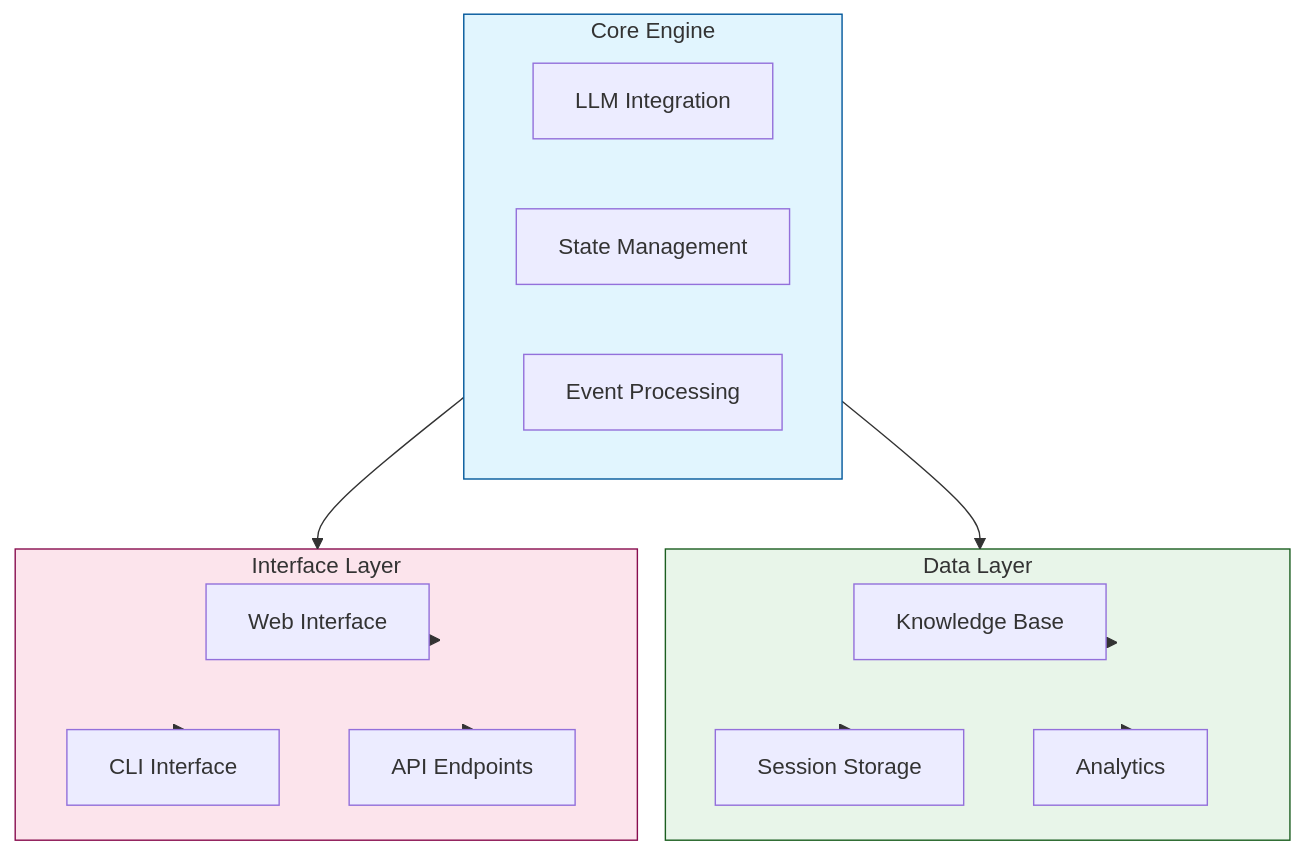
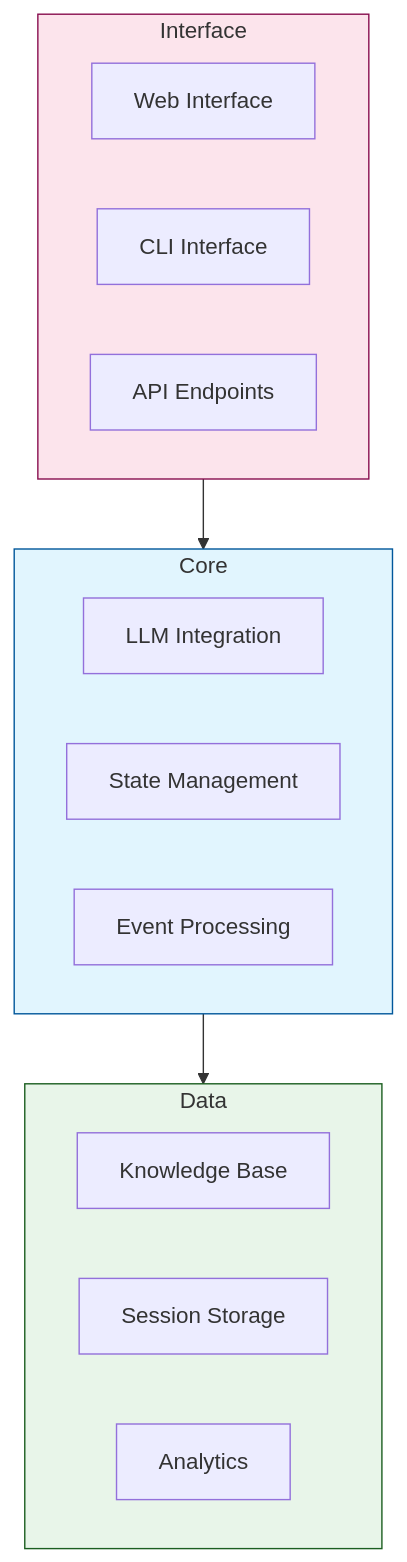
The first of 7 diagrams in UTTA.wiki/Architecture-Guide.md (UVU-AI-Innovate/UTTA), drawn with Mermaid before and after one commit. The commit also changed other lines of this file, not shown here.

First line of the commit message:
Refactor Architecture Guide diagrams for improved readability

````diff
--- a/UTTA.wiki/Architecture-Guide.md
+++ b/UTTA.wiki/Architecture-Guide.md
@@ -9,33 +9,27 @@
 ```mermaid
-graph TD
-    subgraph Core[Core Engine]
+graph TB
+    Interface[Interface Layer] --> Core[Core Engine]
+    Core --> Data[Data Layer]
+    
+    subgraph Core
         LLM[LLM Integration]
         State[State Management]
         Event[Event Processing]
     end
 
-    subgraph Data[Data Layer]
+    subgraph Data
         KB[Knowledge Base]
         SS[Session Storage]
         AN[Analytics]
     end
 
-    subgraph Interface[Interface Layer]
+    subgraph Interface
         Web[Web Interface]
         CLI[CLI Interface]
         API[API Endpoints]
     end
 
-    Core --> Data
-    Core --> Interface
-    Data --> KB
-    Data --> SS
-    Data --> AN
-    Interface --> Web
-    Interface --> CLI
-    Interface --> API
-
     style Core fill:#e1f5fe,stroke:#01579b
     style Data fill:#e8f5e9,stroke:#1b5e20
     style Interface fill:#fce4ec,stroke:#880e4f
 ```
````
